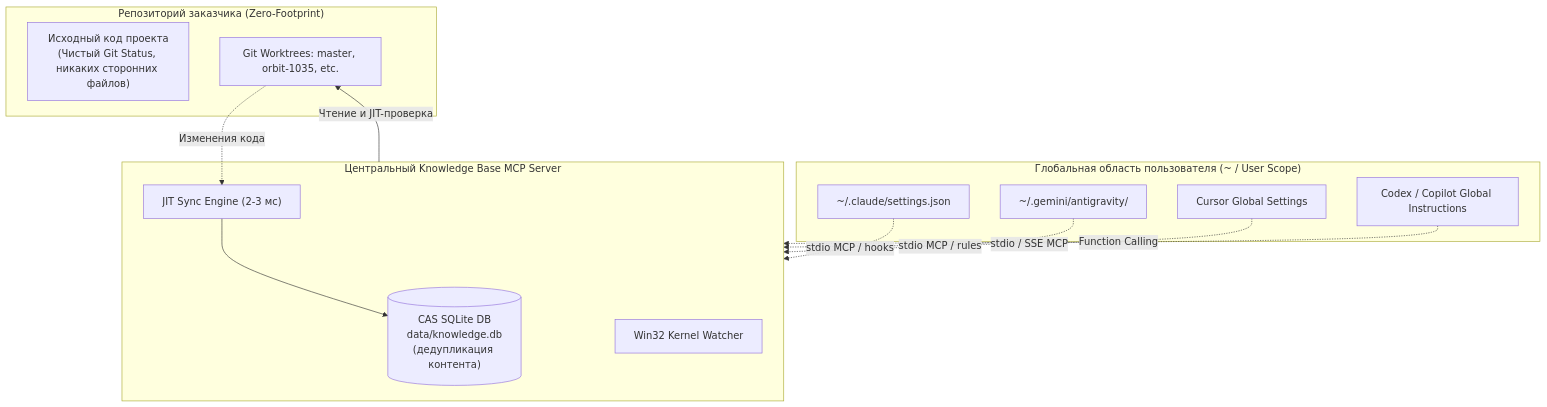
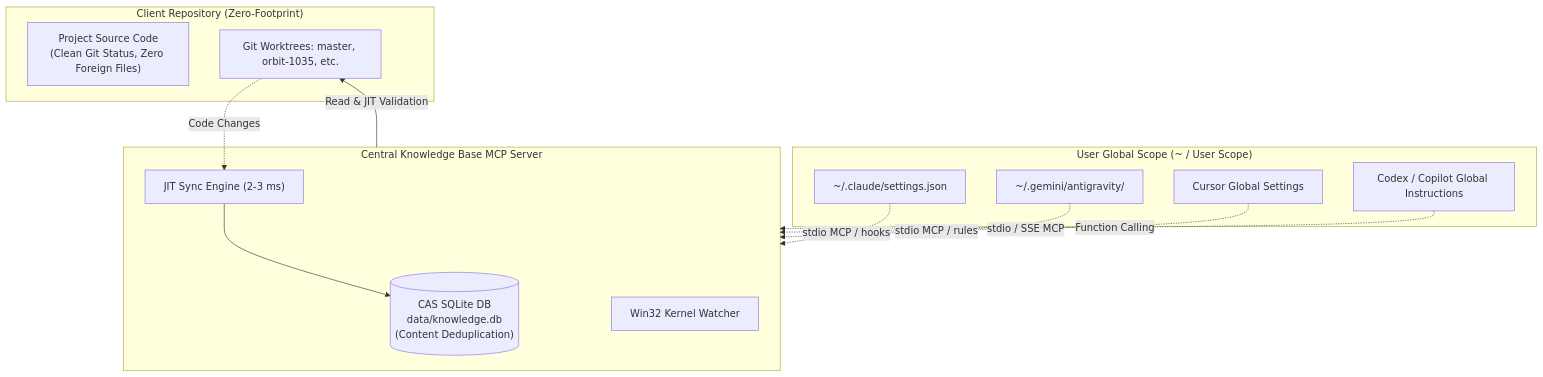
Before and after one commit to PaulTheSecond/knowledgebase-mcp: the diagram in docs/agent-integration-guide.md, drawn with Mermaid. The commit also changed other lines of this file and 16 other files, not shown here.

````diff
--- a/docs/agent-integration-guide.md
+++ b/docs/agent-integration-guide.md
@@ -16,29 +16,29 @@
 ```mermaid
 flowchart TD
-    subgraph EnterpriseRepo["Репозиторий заказчика (Zero-Footprint)"]
-        CleanCode["Исходный код проекта<br/>(Чистый Git Status, никаких сторонних файлов)"]
+    subgraph EnterpriseRepo["Client Repository (Zero-Footprint)"]
+        CleanCode["Project Source Code<br/>(Clean Git Status, Zero Foreign Files)"]
         Worktrees["Git Worktrees: master, orbit-1035, etc."]
     end
 
-    subgraph UserGlobalScope["Глобальная область пользователя (~ / User Scope)"]
+    subgraph UserGlobalScope["User Global Scope (~ / User Scope)"]
         ClaudeUser["~/.claude/settings.json"]
         AgyUser["~/.gemini/antigravity/"]
         CursorUser["Cursor Global Settings"]
         CodexUser["Codex / Copilot Global Instructions"]
     end
 
-    subgraph CentralServer["Центральный Knowledge Base MCP Server"]
-        CAS[("CAS SQLite DB<br/>data/knowledge.db<br/>(дедупликация контента)")]
-        JIT["JIT Sync Engine (2-3 мс)"]
+    subgraph CentralServer["Central Knowledge Base MCP Server"]
+        CAS[("CAS SQLite DB<br/>data/knowledge.db<br/>(Content Deduplication)")]
+        JIT["JIT Sync Engine (2-3 ms)"]
         Watcher["Win32 Kernel Watcher"]
     end
 
     ClaudeUser -.->|stdio MCP / hooks| CentralServer
     AgyUser -.->|stdio MCP / rules| CentralServer
     CursorUser -.->|stdio / SSE MCP| CentralServer
     CodexUser -.->|Function Calling| CentralServer
 
-    CentralServer -->|Чтение и JIT-проверка| Worktrees
-    Worktrees -.->|Изменения кода| JIT
+    CentralServer -->|Read & JIT Validation| Worktrees
+    Worktrees -.->|Code Changes| JIT
     JIT --> CAS
 ```
````
